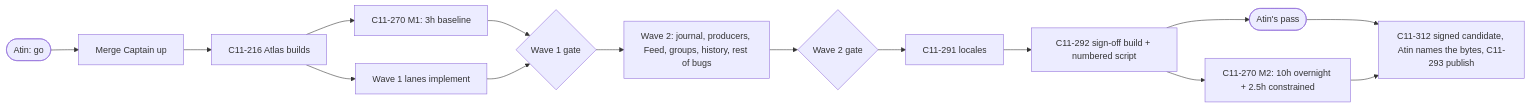
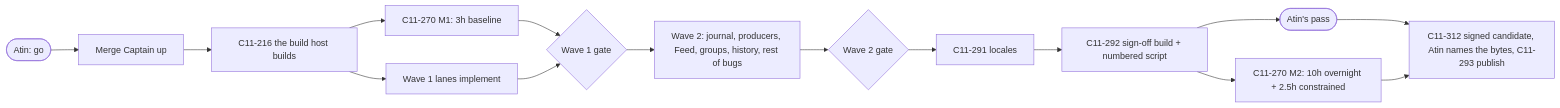
One commit to Stage-11-Agentics/c11 changed the diagram in upstream-triage/c11-1.0/BUILD-FLOW.md. Above: the diagram before and after it, drawn with Mermaid. The commit also changed other lines of this file and 1248 other files, not shown here.

````diff
--- a/upstream-triage/c11-1.0/BUILD-FLOW.md
+++ b/upstream-triage/c11-1.0/BUILD-FLOW.md
@@ -7,17 +7,17 @@
 ```mermaid
 flowchart LR
   GO([Atin: go]) --> MC[Merge Captain up]
-  MC --> F216[C11-216 Atlas builds]
+  MC --> F216[C11-216 the build host builds]
   F216 --> M1[C11-270 M1: 3h baseline]
   F216 --> W1[Wave 1 lanes implement]
   M1 --> G1{Wave 1 gate}
   W1 --> G1
   G1 --> W2[Wave 2: journal, producers, Feed, groups, history, rest of bugs]
   W2 --> G2{Wave 2 gate}
   G2 --> L[C11-291 locales]
   L --> S[C11-292 sign-off build + numbered script]
   S --> A([Atin's pass])
   S --> M2[C11-270 M2: 10h overnight + 2.5h constrained]
   A --> R[C11-312 signed candidate, Atin names the bytes, C11-293 publish]
   M2 --> R
 ```
````
